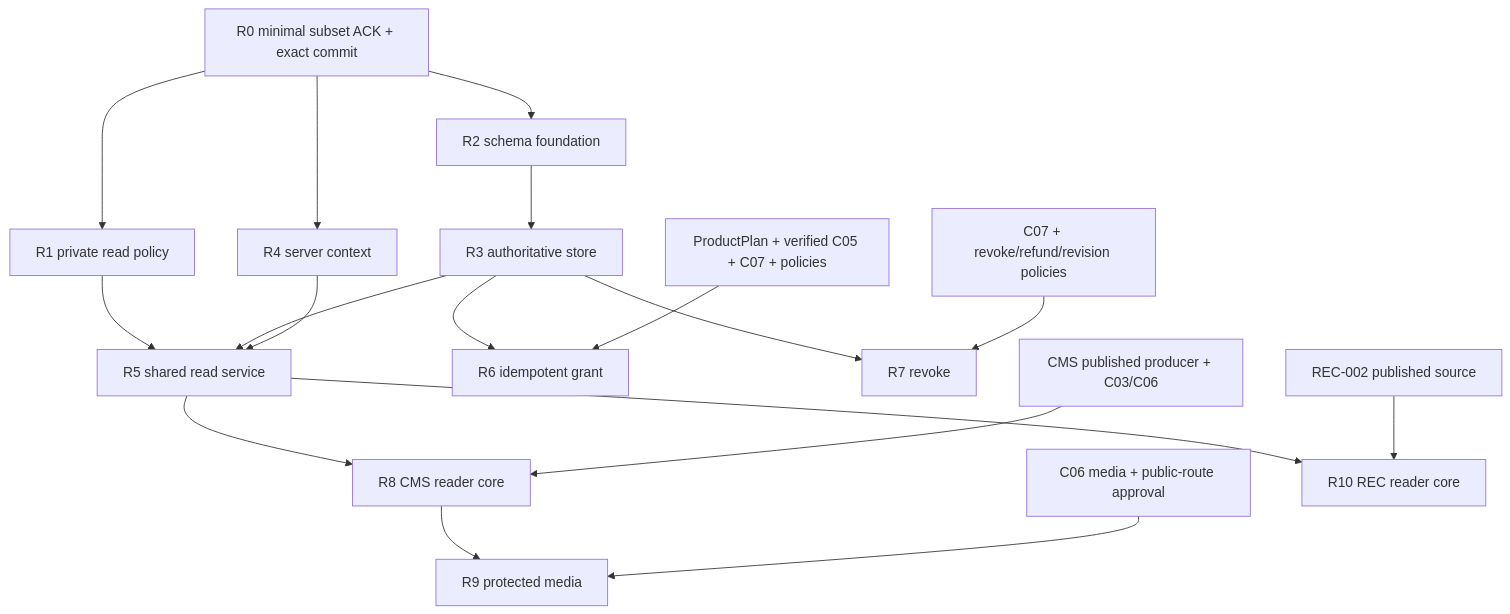
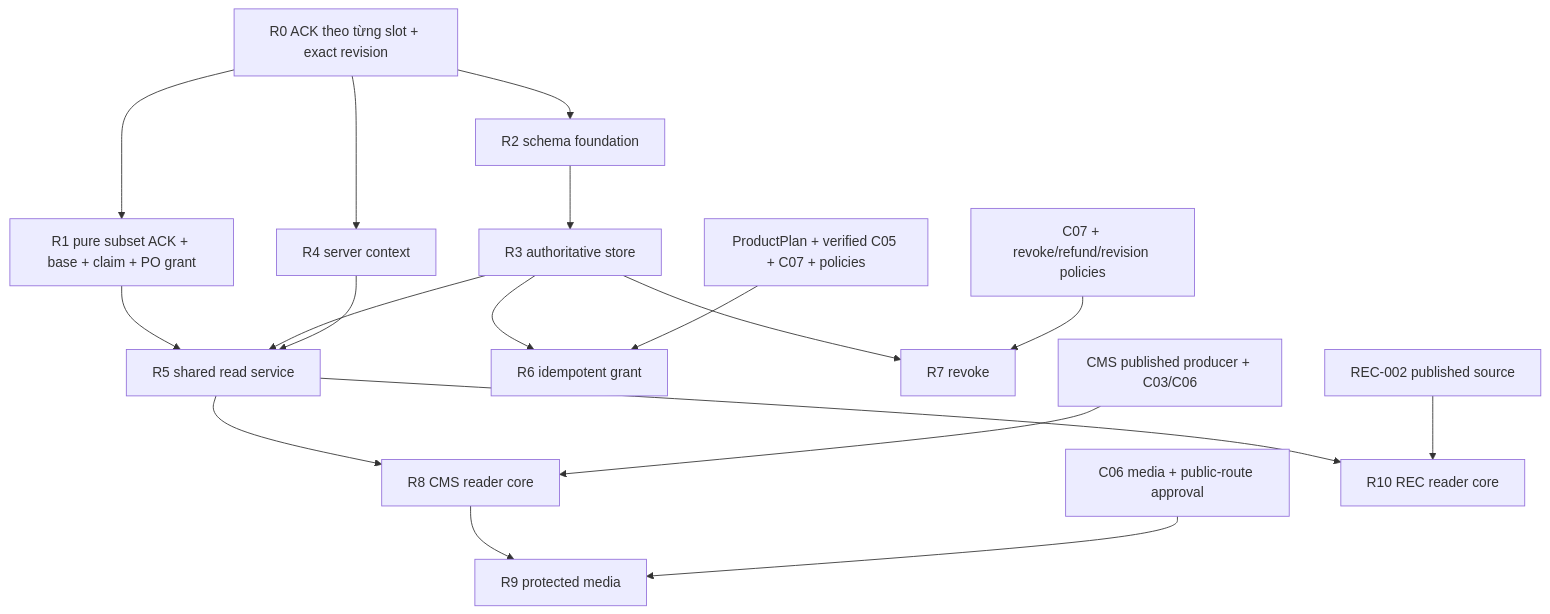
One commit to maivanminhlamkinhmedia-afk/LKC-fintech-demo changed the diagram in docs/lkc-platform/tasks/SUB-004-RUNTIME.md. Above: the diagram before and after it, drawn with Mermaid. The commit also changed other lines of this file and 2 other files, not shown here.

First line of the commit message:
docs(subscriptions): publish reviewed minimal R0/R1 contract delta

````diff
--- a/docs/lkc-platform/tasks/SUB-004-RUNTIME.md
+++ b/docs/lkc-platform/tasks/SUB-004-RUNTIME.md
@@ -66,20 +84,20 @@
 ```mermaid
 flowchart TD
-  R0["R0 minimal subset ACK + exact commit"] --> R1["R1 private read policy"]
+  R0["R0 ACK theo từng slot + exact revision"] --> R1["R1 pure subset ACK + base + claim + PO grant"]
   R0 --> R2["R2 schema foundation"]
   R0 --> R4["R4 server context"]
   R2 --> R3["R3 authoritative store"]
   R1 --> R5["R5 shared read service"]
   R3 --> R5
   R4 --> R5
   R3 --> R6["R6 idempotent grant"]
   R3 --> R7["R7 revoke"]
   U["ProductPlan + verified C05 + C07 + policies"] --> R6
   V["C07 + revoke/refund/revision policies"] --> R7
   R5 --> R8["R8 CMS reader core"]
   C["CMS published producer + C03/C06"] --> R8
   R8 --> R9["R9 protected media"]
   M["C06 media + public-route approval"] --> R9
   R5 --> R10["R10 REC reader core"]
   P["REC-002 published source"] --> R10
 ```
````
